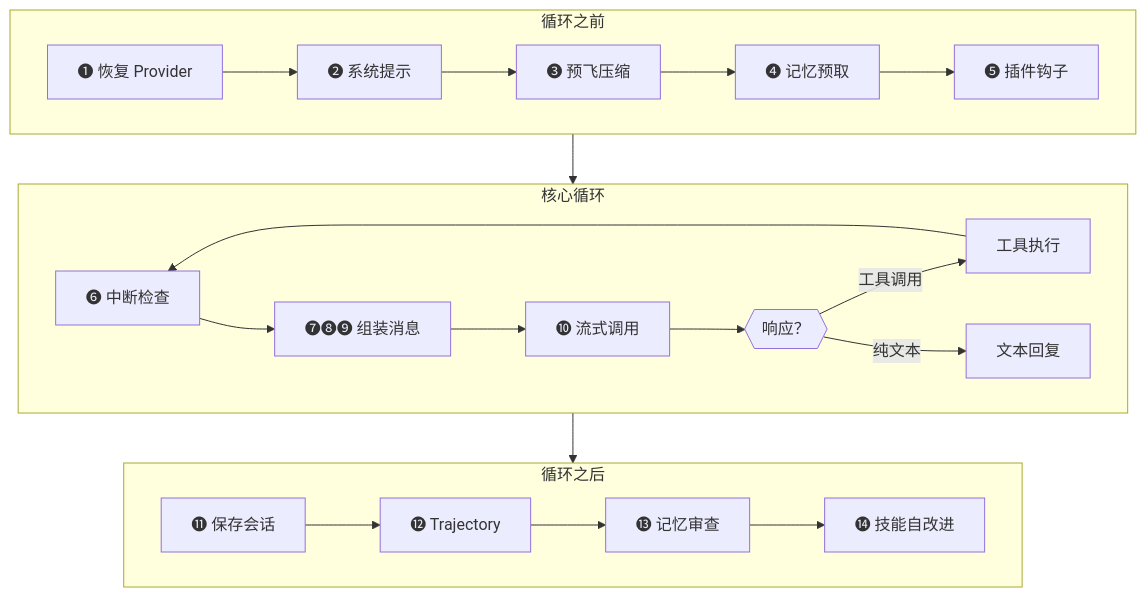
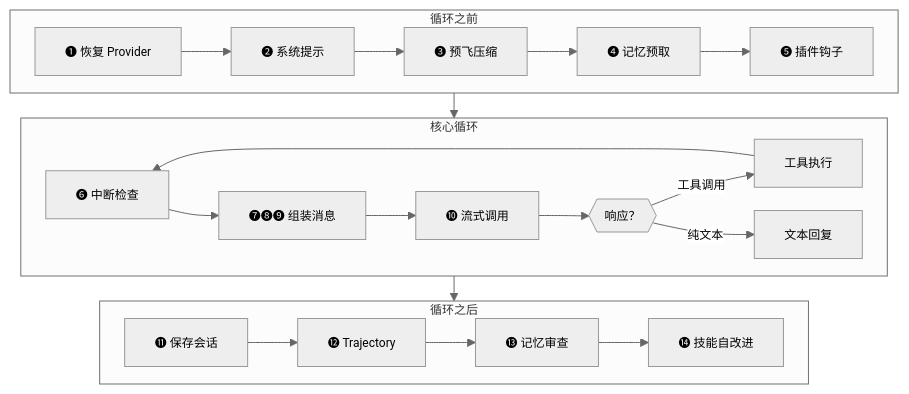
One commit to fang-lin/hermes-agent-code-analysis changed the third of 9 diagrams in docs/zh/drafts/02-draft.md. Above: the diagram before and after it, drawn with Mermaid. The commit also changed other lines of this file and 1 other file, not shown here.

First line of the commit message:
第 02 章图表：添加 init 指令缩小字号 + 恢复信息量

````diff
--- a/docs/zh/drafts/02-draft.md
+++ b/docs/zh/drafts/02-draft.md
@@ -141,20 +143,21 @@
 ```mermaid
+%%{init: {"theme": "neutral", "themeVariables": {"fontSize": "12px"}, "flowchart": {"nodeSpacing": 15, "rankSpacing": 25}}}%%
 flowchart TD
     subgraph BEFORE ["循环之前"]
         direction LR
         B1["❶ 恢复 Provider"] --> B2["❷ 系统提示"] --> B3["❸ 预飞压缩"] --> B4["❹ 记忆预取"] --> B5["❺ 插件钩子"]
     end
 
     subgraph LOOP ["核心循环"]
         L1["❻ 中断检查"] --> L2["❼❽❾ 组装消息"] --> L5["❿ 流式调用"] --> L6{{"响应？"}}
         L6 -->|工具调用| L7["工具执行"] --> L1
         L6 -->|纯文本| L8["文本回复"]
     end
 
     subgraph AFTER ["循环之后"]
         direction LR
         A1["⓫ 保存会话"] --> A2["⓬ Trajectory"] --> A3["⓭ 记忆审查"] --> A4["⓮ 技能自改进"]
     end
 
     BEFORE --> LOOP --> AFTER
 ```
````
